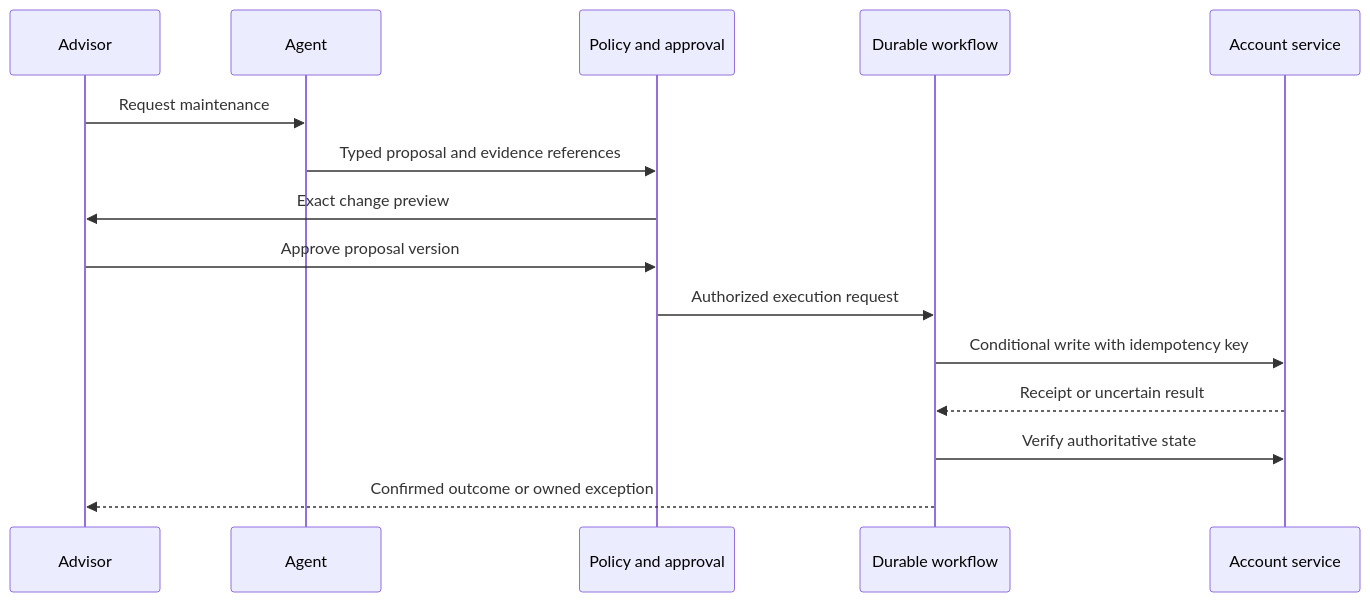
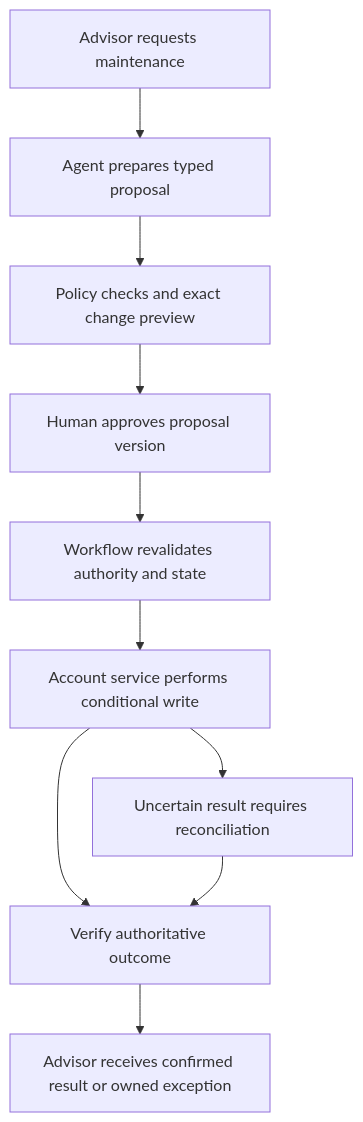
One commit to appliedgenai/earned-autonomy changed the diagram in 02-agents-you-can-audit.md. Above: the diagram before and after it, drawn with Mermaid.

Commit message:
Use compatible flowchart for action execution

````diff
--- a/02-agents-you-can-audit.md
+++ b/02-agents-you-can-audit.md
@@ -39,17 +39,12 @@
 ```mermaid
-sequenceDiagram
-    participant A as Advisor
-    participant M as Agent
-    participant P as Policy and approval
-    participant W as Durable workflow
-    participant S as Account service
-    A->>M: Request maintenance
-    M->>P: Typed proposal and evidence references
-    P->>A: Exact change preview
-    A->>P: Approve proposal version
-    P->>W: Authorized execution request
-    W->>S: Conditional write with idempotency key
-    S-->>W: Receipt or uncertain result
-    W->>S: Verify authoritative state
-    W-->>A: Confirmed outcome or owned exception
+flowchart TD
+    A[Advisor requests maintenance] --> M[Agent prepares typed proposal]
+    M --> P[Policy checks and exact change preview]
+    P --> H[Human approves proposal version]
+    H --> W[Workflow revalidates authority and state]
+    W --> S[Account service performs conditional write]
+    S --> V[Verify authoritative outcome]
+    S --> U[Uncertain result requires reconciliation]
+    U --> V
+    V --> R[Advisor receives confirmed result or owned exception]
 ```
````
